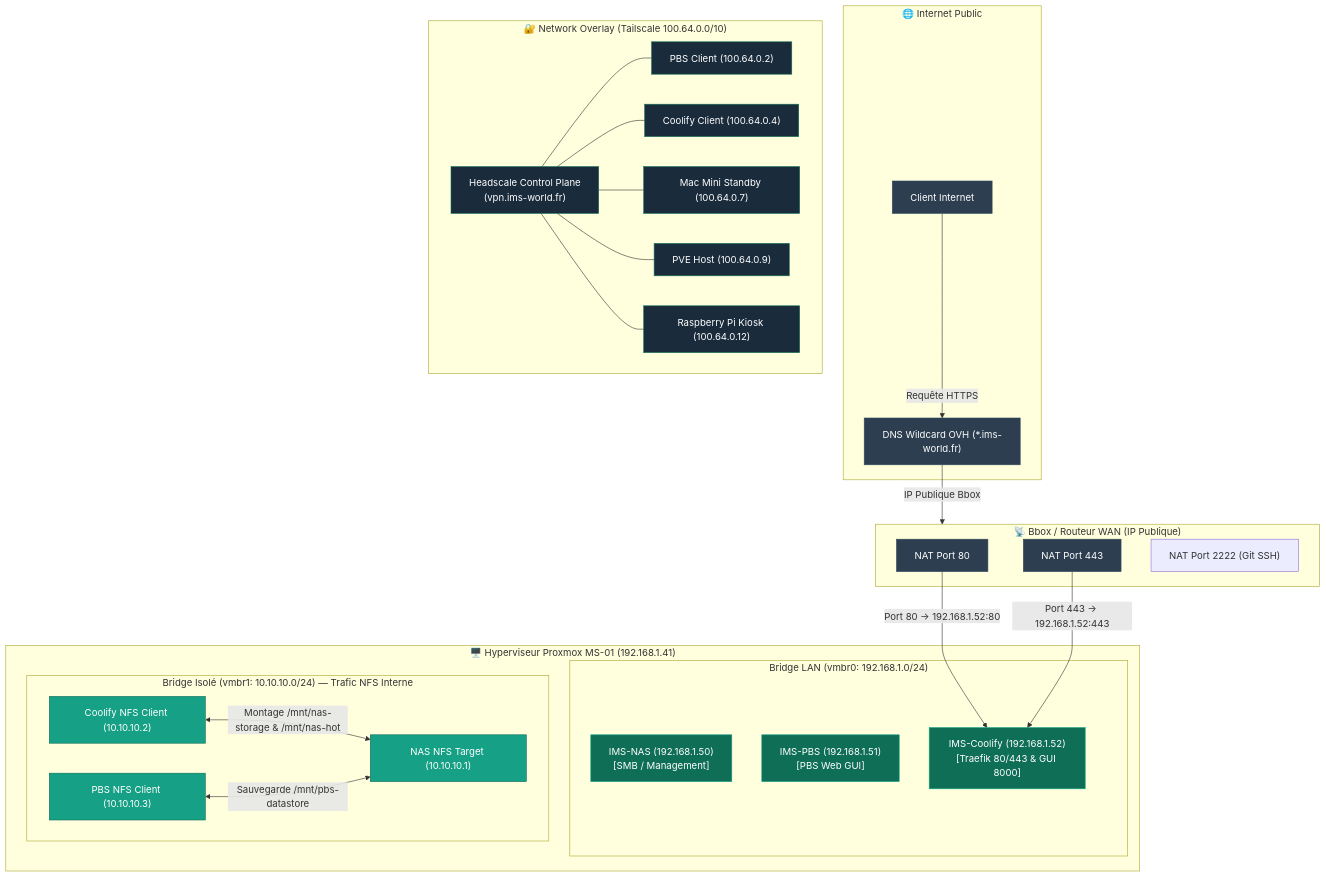
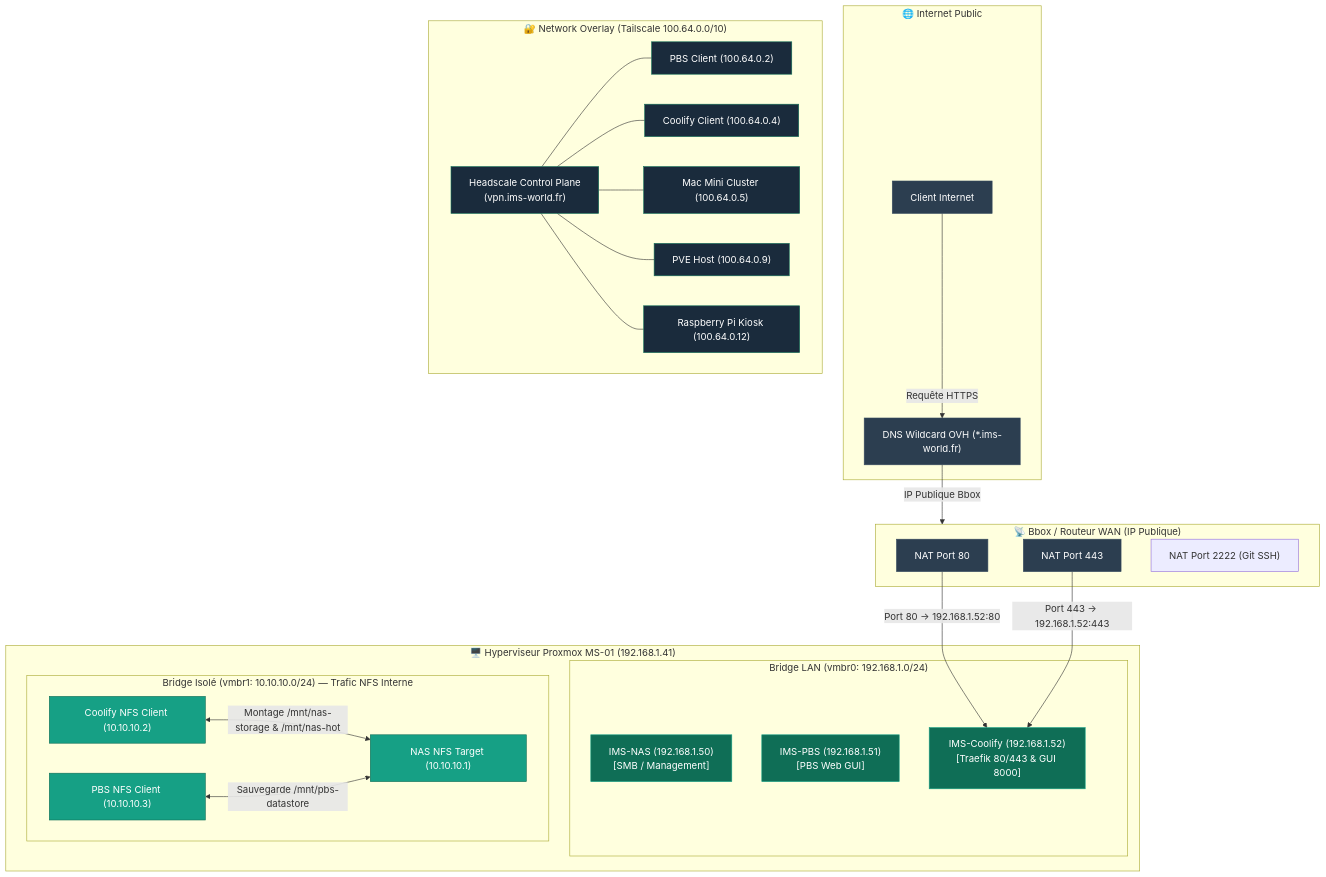
The diagram in reseau/architecture-reseau.md (ims-world/docs), drawn with Mermaid before and after one commit. The commit also changed 13 other files, not shown here.

Commit message:
docs: refonte du schema d'architecture macro globale pour le cluster 2 nœuds ims-cluster (MS-01 + Mac Mini) et IPs Tailscale

````diff
--- a/reseau/architecture-reseau.md
+++ b/reseau/architecture-reseau.md
@@ -12,62 +12,62 @@
 ```mermaid
 graph TB
     subgraph WAN ["🌐 Internet Public"]
         CLIENT_EXT["Client Internet"]
         OVH_DNS["DNS Wildcard OVH (*.ims-world.fr)"]
     end
 
     subgraph BBOX ["📡 Bbox / Routeur WAN (IP Publique)"]
         NAT80["NAT Port 80"]
         NAT443["NAT Port 443"]
         NAT2222["NAT Port 2222 (Git SSH)"]
     end
 
     subgraph PROXMOX_NET ["🖥️ Hyperviseur Proxmox MS-01 (192.168.1.41)"]
         subgraph VMBR0 ["Bridge LAN (vmbr0: 192.168.1.0/24)"]
             NAS_LAN["IMS-NAS (192.168.1.50)\n[SMB / Management]"]
             PBS_LAN["IMS-PBS (192.168.1.51)\n[PBS Web GUI]"]
             COOL_LAN["IMS-Coolify (192.168.1.52)\n[Traefik 80/443 & GUI 8000]"]
         end
 
         subgraph VMBR1 ["Bridge Isolé (vmbr1: 10.10.10.0/24) — Trafic NFS Interne"]
             NAS_ISO["NAS NFS Target (10.10.10.1)"]
             PBS_ISO["PBS NFS Client (10.10.10.3)"]
             COOL_ISO["Coolify NFS Client (10.10.10.2)"]
         end
     end
 
     subgraph TAILNET_HEADSCALE ["🔐 Network Overlay (Tailscale 100.64.0.0/10)"]
         HEADSCALE_SRV["Headscale Control Plane\n(vpn.ims-world.fr)"]
         PBS_TS["PBS Client (100.64.0.2)"]
         COOL_TS["Coolify Client (100.64.0.4)"]
-        MAC_TS["Mac Mini Standby (100.64.0.7)"]
+        MAC_TS["Mac Mini Cluster (100.64.0.5)"]
         PVE_TS["PVE Host (100.64.0.9)"]
         RPI_TS["Raspberry Pi Kiosk (100.64.0.12)"]
     end
 
     %% Flux WAN -> Bbox -> Traefik
     CLIENT_EXT -->|Requête HTTPS| OVH_DNS
     OVH_DNS -->|IP Publique Bbox| BBOX
     NAT80 -->|Port 80 -> 192.168.1.52:80| COOL_LAN
     NAT443 -->|Port 443 -> 192.168.1.52:443| COOL_LAN
 
     %% Flux NFS
     COOL_ISO <-->|Montage /mnt/nas-storage & /mnt/nas-hot| NAS_ISO
     PBS_ISO <-->|Sauvegarde /mnt/pbs-datastore| NAS_ISO
 
     %% Flux Tailscale VPN
     HEADSCALE_SRV --- PBS_TS
     HEADSCALE_SRV --- COOL_TS
     HEADSCALE_SRV --- MAC_TS
     HEADSCALE_SRV --- PVE_TS
     HEADSCALE_SRV --- RPI_TS
 
     classDef wan fill:#2c3e50,stroke:#34495e,color:#fff;
     classDef lan fill:#0F6E56,stroke:#16A085,color:#fff;
     classDef iso fill:#16A085,stroke:#0F6E56,color:#fff;
     classDef vpn fill:#1a2b3c,stroke:#0F6E56,color:#fff;
     class CLIENT_EXT,OVH_DNS,NAT80,NAT443 wan;
     class NAS_LAN,PBS_LAN,COOL_LAN lan;
     class NAS_ISO,PBS_ISO,COOL_ISO iso;
     class HEADSCALE_SRV,PBS_TS,COOL_TS,MAC_TS,PVE_TS,RPI_TS vpn;
 ```
````
